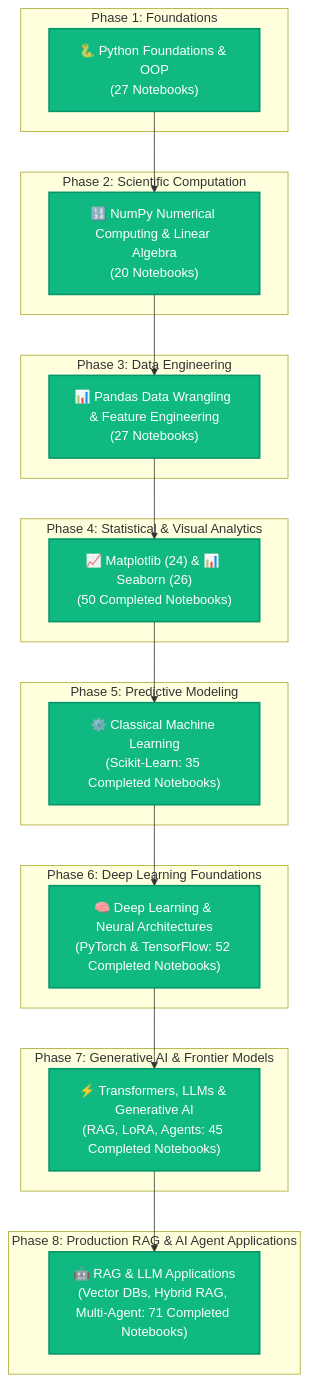
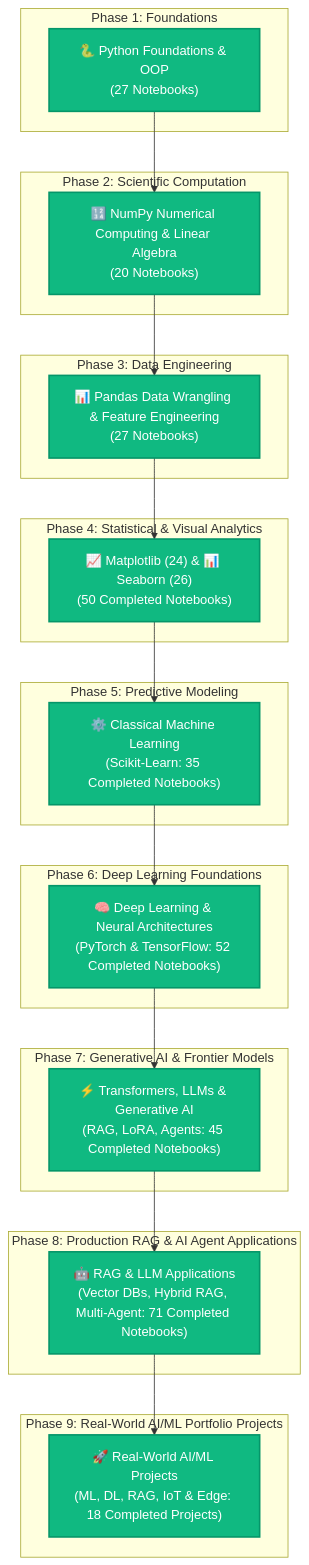
One commit to VIJAYAPANDIANT/AI-ML-Learning changed the diagram in README.md. Above: the diagram before and after it, drawn with Mermaid. The commit also changed other lines of this file and 55 other files, not shown here.

Commit message:
feat: add complete 18 real-world AI/ML projects module with documentation and update root README

````diff
--- a/README.md
+++ b/README.md
@@ -115,46 +117,51 @@
 ```mermaid
 flowchart TD
     subgraph S1["Phase 1: Foundations"]
         A["🐍 Python Foundations & OOP<br/>(27 Notebooks)"]
     end
 
     subgraph S2["Phase 2: Scientific Computation"]
         B["🔢 NumPy Numerical Computing & Linear Algebra<br/>(20 Notebooks)"]
     end
 
     subgraph S3["Phase 3: Data Engineering"]
         C["📊 Pandas Data Wrangling & Feature Engineering<br/>(27 Notebooks)"]
     end
 
     subgraph S4["Phase 4: Statistical & Visual Analytics"]
         D["📈 Matplotlib (24) & 📊 Seaborn (26)<br/>(50 Completed Notebooks)"]
     end
 
     subgraph S5["Phase 5: Predictive Modeling"]
         E["⚙️ Classical Machine Learning<br/>(Scikit-Learn: 35 Completed Notebooks)"]
     end
 
     subgraph S6["Phase 6: Deep Learning Foundations"]
         F["🧠 Deep Learning & Neural Architectures<br/>(PyTorch & TensorFlow: 52 Completed Notebooks)"]
     end
 
     subgraph S7["Phase 7: Generative AI & Frontier Models"]
         G["⚡ Transformers, LLMs & Generative AI<br/>(RAG, LoRA, Agents: 45 Completed Notebooks)"]
     end
 
     subgraph S8["Phase 8: Production RAG & AI Agent Applications"]
         H["🤖 RAG & LLM Applications<br/>(Vector DBs, Hybrid RAG, Multi-Agent: 71 Completed Notebooks)"]
     end
 
+    subgraph S9["Phase 9: Real-World AI/ML Portfolio Projects"]
+        I["🚀 Real-World AI/ML Projects<br/>(ML, DL, RAG, IoT & Edge: 18 Completed Projects)"]
+    end
+
     A --> B
     B --> C
     C --> D
     D --> E
     E --> F
     F --> G
     G --> H
+    H --> I
 
     classDef completed fill:#10B981,stroke:#059669,stroke-width:2px,color:#ffffff;
     classDef upcoming fill:#3B82F6,stroke:#2563EB,stroke-width:2px,color:#ffffff;
-    class A,B,C,D,E,F,G,H completed;
+    class A,B,C,D,E,F,G,H,I completed;
 ```
````
